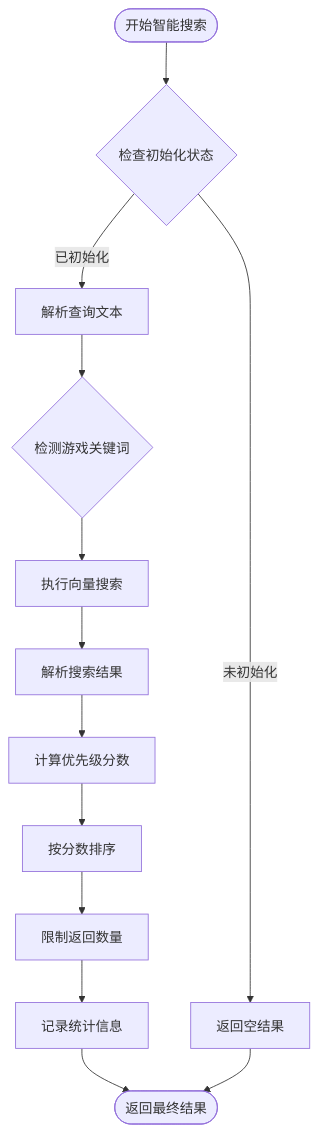
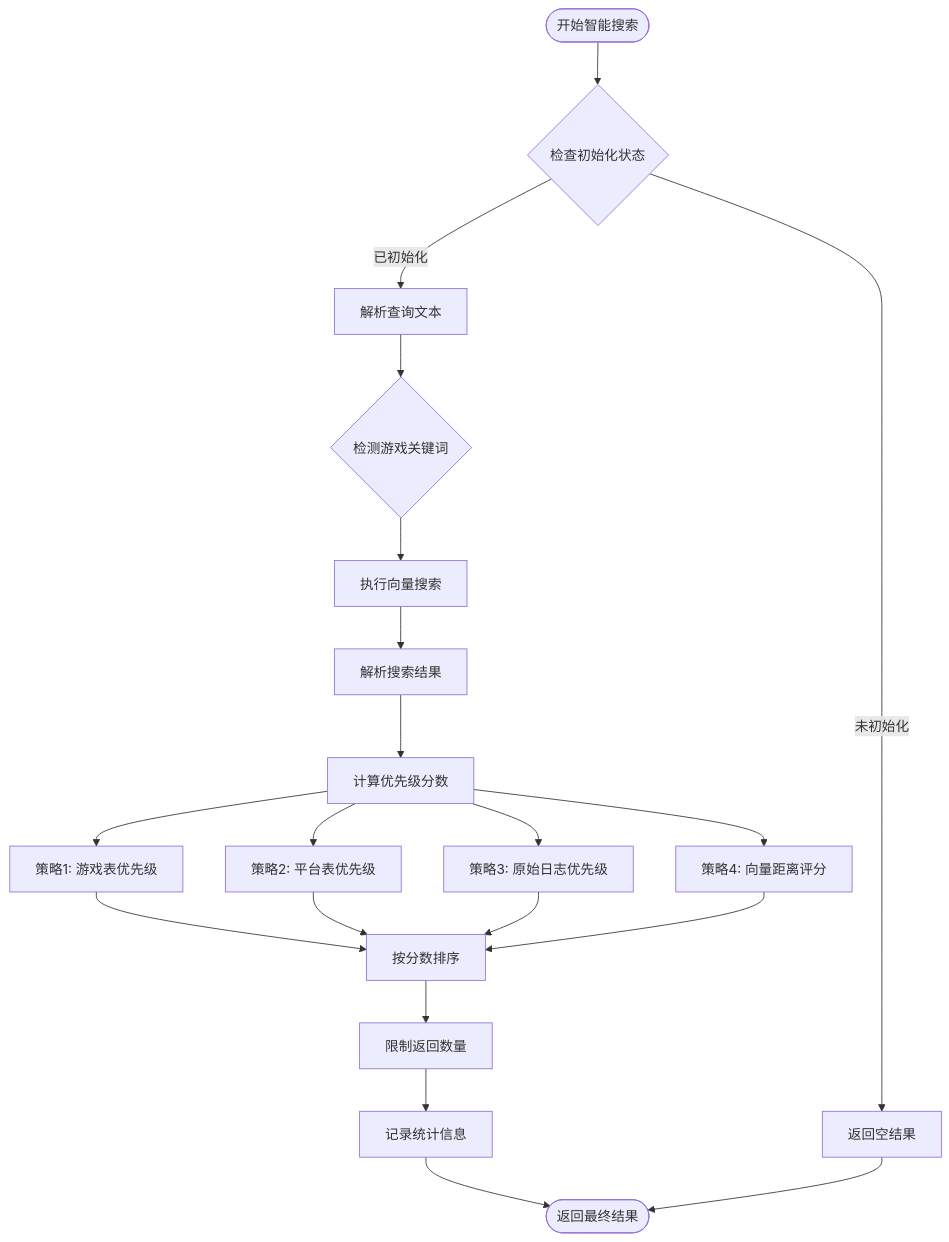
Before and after one commit to HanHuiOnLine/724-office: the sixth of 10 diagrams in .qoder/repowiki/zh/content/核心模块详解/NL2SQL自然语言到SQL系统/NL2SQL向量评估系统.md, drawn with Mermaid. The commit also changed other lines of this file and 5 other files, not shown here.

````diff
--- a/.qoder/repowiki/zh/content/核心模块详解/NL2SQL自然语言到SQL系统/NL2SQL向量评估系统.md
+++ b/.qoder/repowiki/zh/content/核心模块详解/NL2SQL自然语言到SQL系统/NL2SQL向量评估系统.md
@@ -279,15 +291,22 @@
 ```mermaid
 flowchart TD
 Start([开始智能搜索]) --> CheckInit{检查初始化状态}
 CheckInit --> |未初始化| ReturnEmpty[返回空结果]
 CheckInit --> |已初始化| ParseQuery[解析查询文本]
 ParseQuery --> DetectGame{检测游戏关键词}
 DetectGame --> SearchVector[执行向量搜索]
 SearchVector --> ParseResults[解析搜索结果]
 ParseResults --> PriorityScore[计算优先级分数]
-PriorityScore --> SortResults[按分数排序]
+PriorityScore --> Strategy1[策略1: 游戏表优先级]
+PriorityScore --> Strategy2[策略2: 平台表优先级]
+PriorityScore --> Strategy3[策略3: 原始日志优先级]
+PriorityScore --> Strategy4[策略4: 向量距离评分]
+Strategy1 --> SortResults[按分数排序]
+Strategy2 --> SortResults
+Strategy3 --> SortResults
+Strategy4 --> SortResults
 SortResults --> LimitResults[限制返回数量]
 LimitResults --> RecordStats[记录统计信息]
 RecordStats --> End([返回最终结果])
 ReturnEmpty --> End
 ```
````
